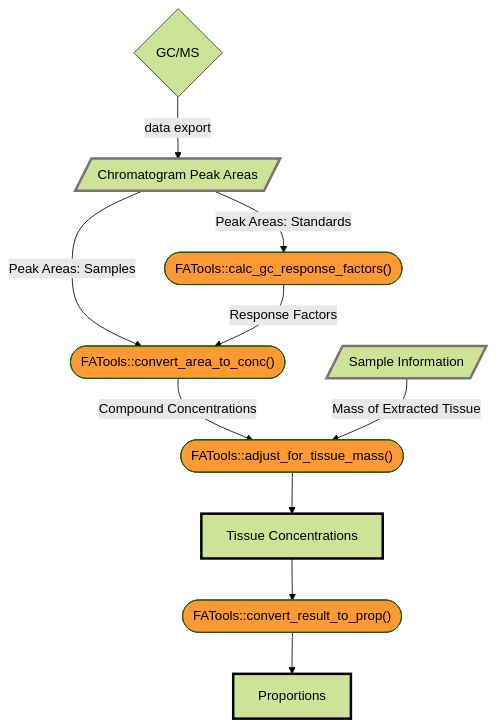
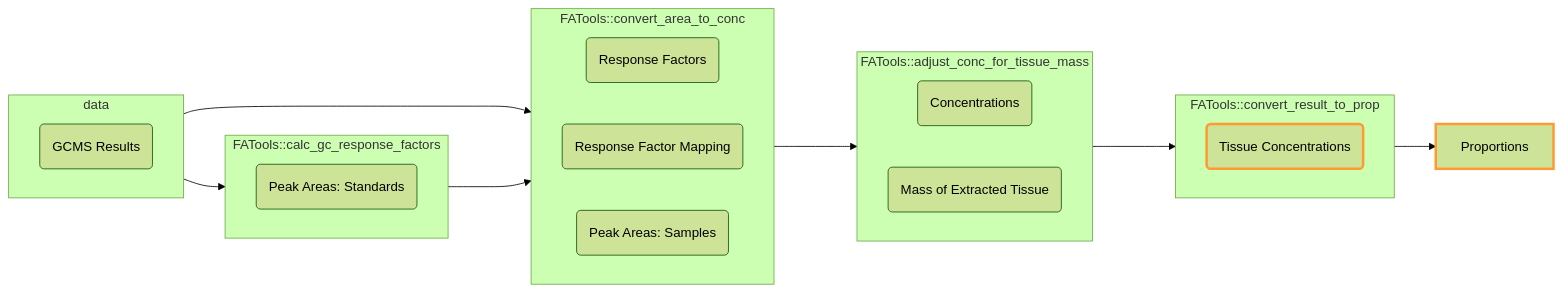
One commit to miketommus/FATools changed the first of 4 diagrams in README.Rmd. Above: the diagram before and after it, drawn with Mermaid (forest theme). The commit also changed other lines of this file and 1 other file, not shown here.

Commit message:
Improve flowchart readability

````diff
--- a/README.Rmd
+++ b/README.Rmd
@@ -74,25 +64,38 @@
 ```mermaid
-flowchart TD
-A{GC/MS}
-B[/Chromatogram Peak Areas/]:::data
-C(["FATools::calc_gc_response_factors()"]):::func
-D(["FATools::convert_area_to_conc()"]):::func
-A -->|data export| B
-B -->|Peak Areas: Standards| C
-B -->|Peak Areas: Samples| D
-C -->|Response Factors| D
-D -->|Compound Concentrations| G
-F[/Sample Information/]:::data
-G(["FATools::adjust_for_tissue_mass()"]):::func
-F -->|Mass of Extracted Tissue| G
-H[Tissue Concentrations]:::result
-G --> H
-I(["FATools::convert_result_to_prop()"]):::func
-H --> I
-J[Proportions]:::result
-I-->J
- 
-classDef data stroke:#787276, stroke-width:3
-classDef result stroke:#000, stroke-width:3
-classDef func fill:#ff9933
+flowchart LR
+    subgraph data
+        direction LR
+        gcms_results(GCMS Results)
+    end
+    
+    subgraph FATools::calc_gc_response_factors
+        direction LR
+        PeakAreasStandards(Peak Areas: Standards)
+    end
+    
+    subgraph FATools::convert_area_to_conc
+        direction LR
+        ResponseFactors(Response Factors)
+        ResponseFactorMapping(Response Factor Mapping)
+        PeakAreasSamples(Peak Areas: Samples)
+    end
+    
+    subgraph FATools::adjust_conc_for_tissue_mass
+        direction LR
+        CompoundConcentrations(Concentrations)
+        MassExtractedTissue(Mass of Extracted Tissue)
+    end
+    
+    subgraph FATools::convert_result_to_prop
+        direction LR
+        TissueConcentrations(Tissue Concentrations):::finalData
+    end
+
+data --> PeakAreasStandards
+data --> PeakAreasSamples
+FATools::calc_gc_response_factors ---> ResponseFactors
+FATools::convert_area_to_conc ---> CompoundConcentrations
+FATools::adjust_conc_for_tissue_mass --->FATools::convert_result_to_prop --> Proportions:::finalData
+
+classDef finalData stroke:#ff9933, stroke-width:3
 ```
````
